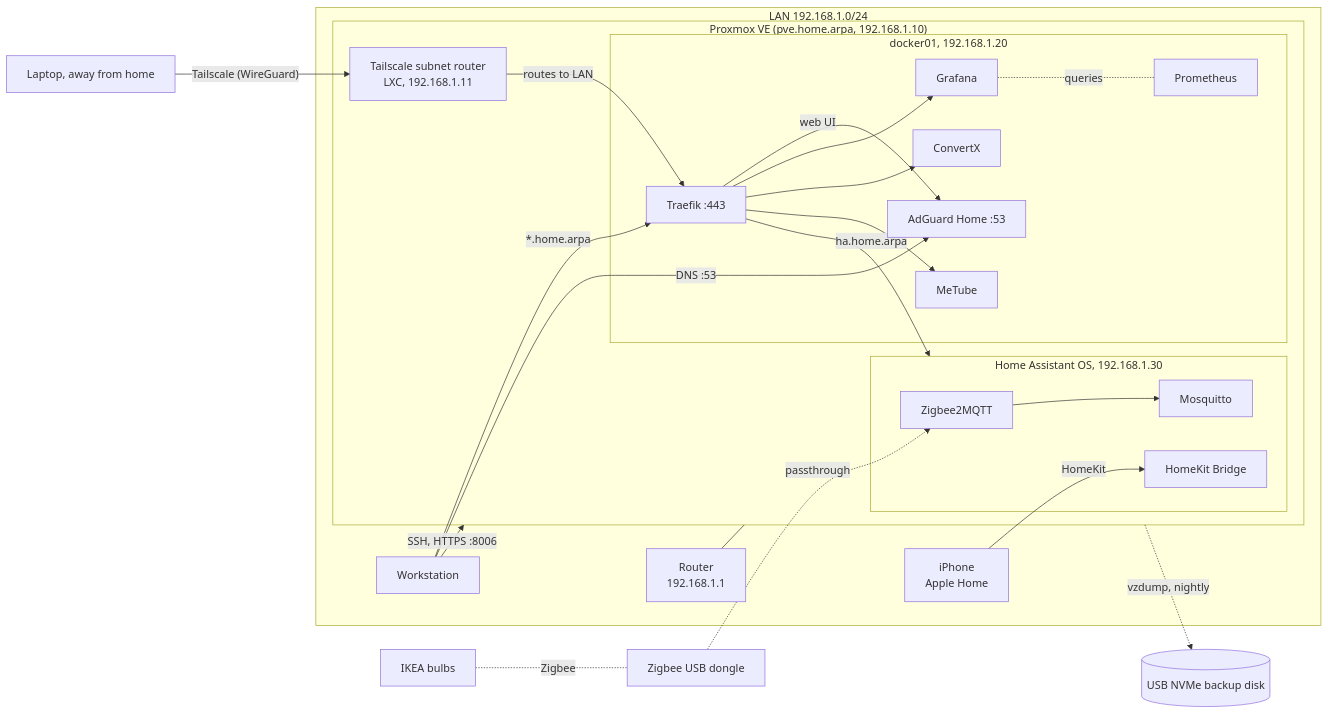
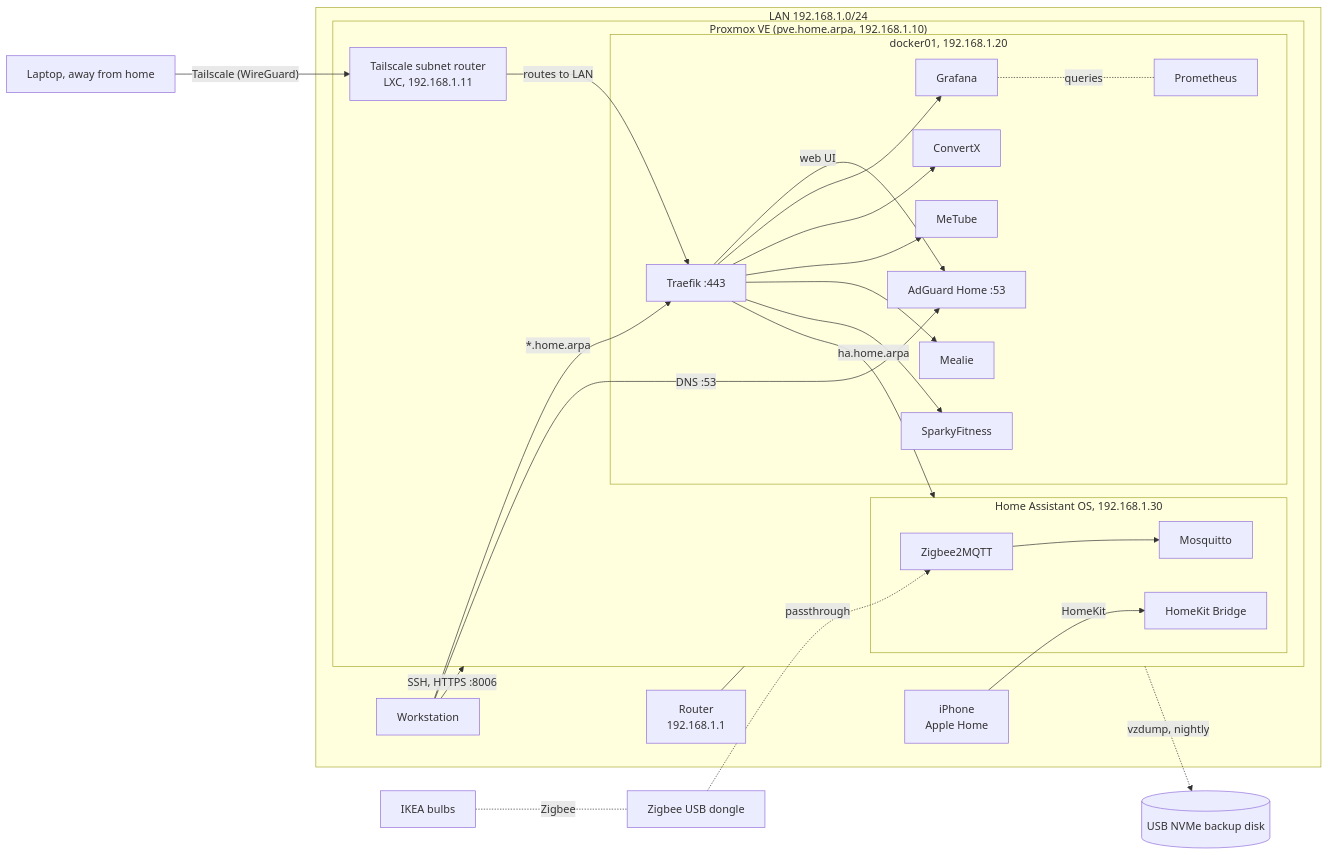
One commit to ralferik/homelab changed the diagram in README.md. Above: the diagram before and after it, drawn with Mermaid. The commit also changed other lines of this file and 5 other files, not shown here.

First line of the commit message:
Add Mealie and SparkyFitness stacks (#8)

````diff
--- a/README.md
+++ b/README.md
@@ -14,42 +14,46 @@
 ```mermaid
 flowchart LR
     subgraph LAN["LAN 192.168.1.0/24"]
         router["Router<br/>192.168.1.1"]
         ws["Workstation"]
         phone["iPhone<br/>Apple Home"]
         subgraph pve["Proxmox VE (pve.home.arpa, 192.168.1.10)"]
             ts["Tailscale subnet router<br/>LXC, 192.168.1.11"]
             subgraph docker["docker01, 192.168.1.20"]
                 traefik["Traefik :443"]
                 adguard["AdGuard Home :53"]
                 prom["Prometheus"]
                 grafana["Grafana"]
                 convertx["ConvertX"]
                 metube["MeTube"]
+                mealie["Mealie"]
+                sparky["SparkyFitness"]
             end
             subgraph haos["Home Assistant OS, 192.168.1.30"]
                 z2m["Zigbee2MQTT"]
                 mqtt["Mosquitto"]
                 homekit["HomeKit Bridge"]
             end
         end
     end
     ws -- "SSH, HTTPS :8006" --> pve
     laptop["Laptop, away from home"] -- "Tailscale (WireGuard)" --> ts
     ts -- "routes to LAN" --> traefik
     ws -- "*.home.arpa" --> traefik
     traefik -- "web UI" --> adguard
     traefik -- "ha.home.arpa" --> haos
     traefik --> grafana
     traefik --> convertx
     traefik --> metube
+    traefik --> mealie
+    traefik --> sparky
     grafana -. "queries" .- prom
     ws -- "DNS :53" --> adguard
     router --- pve
     dongle["Zigbee USB dongle"] -. passthrough .-> z2m
     z2m --> mqtt
     lamps["IKEA bulbs"] -. Zigbee .- dongle
     phone -- "HomeKit" --> homekit
     usbdisk[("USB NVMe backup disk")]
     pve -. "vzdump, nightly" .-> usbdisk
 ```
````
